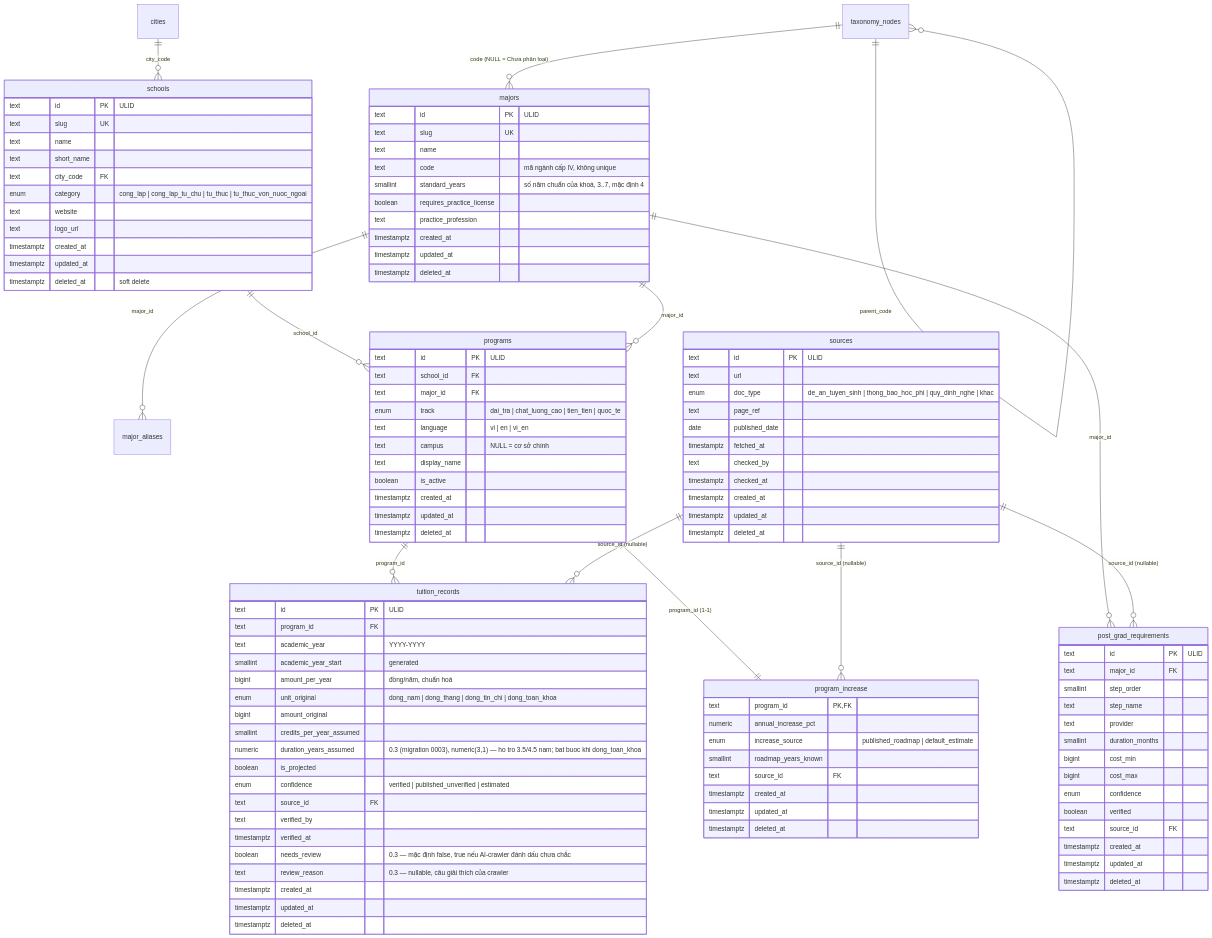
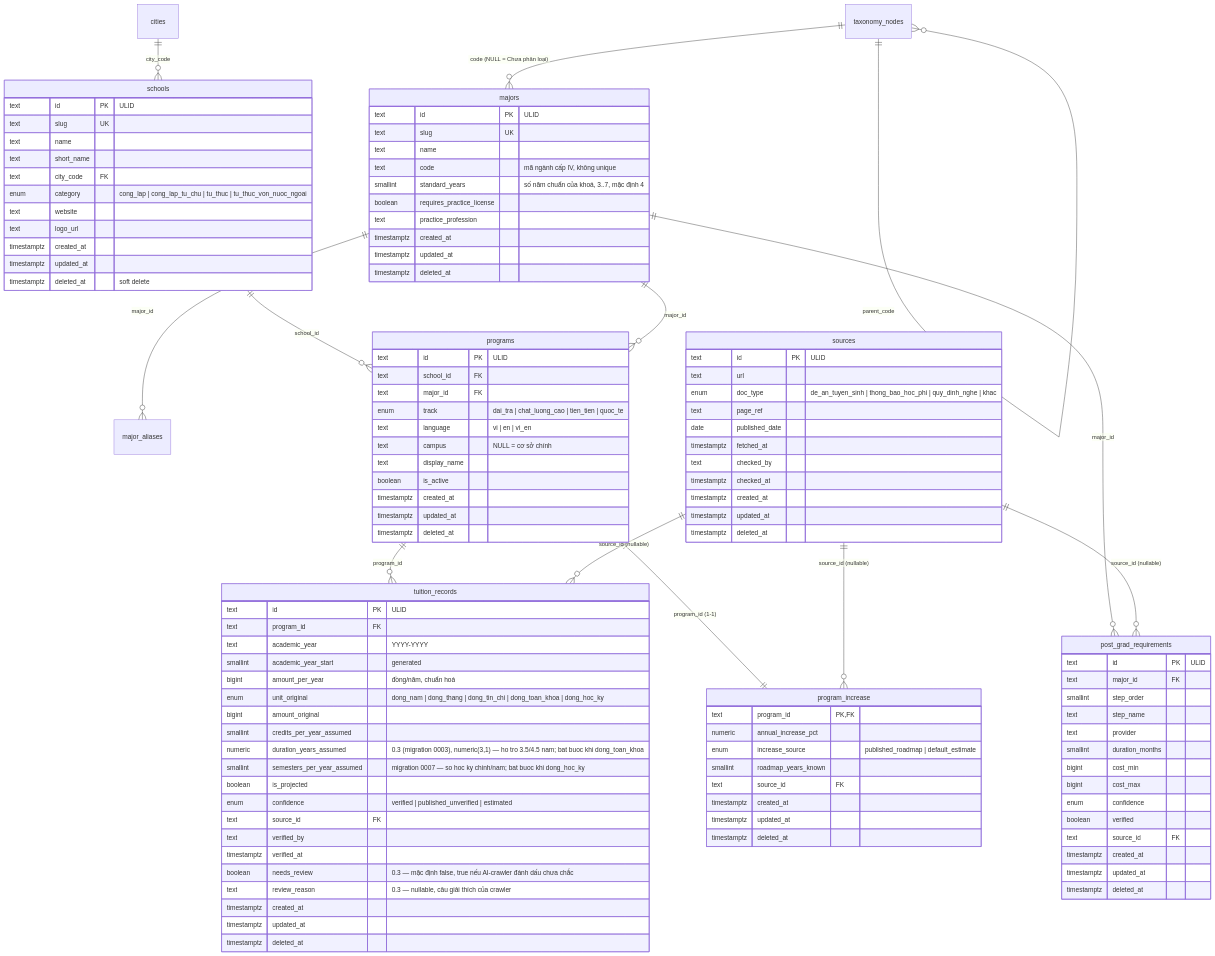
One commit to hocphi-info/hocphi-info-be changed the diagram in docs/schema.md. Above: the diagram before and after it, drawn with Mermaid. The commit also changed other lines of this file and 7 other files, not shown here.

First line of the commit message:
feat(schema): add dong_hoc_ky tuition unit with semesters_per_year_assumed

```diff
--- a/docs/schema.md
+++ b/docs/schema.md
@@ -97,10 +98,11 @@
     text     academic_year "YYYY-YYYY"
     smallint academic_year_start "generated"
     bigint   amount_per_year "đồng/năm, chuẩn hoá"
-    enum     unit_original "dong_nam | dong_thang | dong_tin_chi | dong_toan_khoa"
+    enum     unit_original "dong_nam | dong_thang | dong_tin_chi | dong_toan_khoa | dong_hoc_ky"
     bigint   amount_original
     smallint credits_per_year_assumed
     numeric  duration_years_assumed "0.3 (migration 0003), numeric(3,1) — ho tro 3.5/4.5 nam; bat buoc khi dong_toan_khoa"
+    smallint semesters_per_year_assumed "migration 0007 — so hoc ky chinh/nam; bat buoc khi dong_hoc_ky"
     boolean  is_projected
     enum     confidence "verified | published_unverified | estimated"
     text     source_id FK
```
